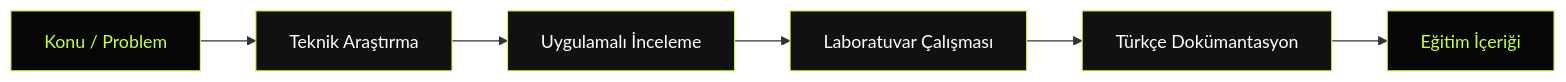
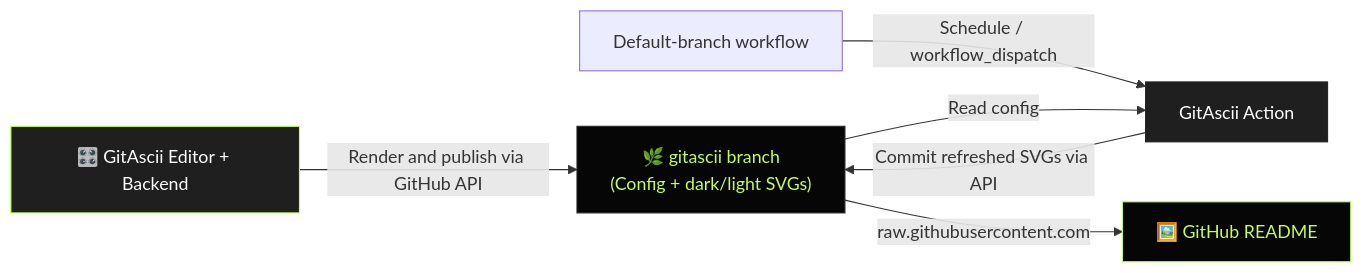
The diagram in README.md (erdibilisim/erdibilisim), drawn with Mermaid before and after one commit. The commit also changed other lines of this file, not shown here.

````diff
--- a/README.md
+++ b/README.md
@@ -141,14 +85,13 @@
 ```mermaid
 flowchart LR
-    A["Konu / Problem"] --> B["Teknik Araştırma"]
-    B --> C["Uygulamalı İnceleme"]
-    C --> D["Laboratuvar Çalışması"]
-    D --> E["Türkçe Dokümantasyon"]
-    E --> F["Eğitim İçeriği"]
-    style A fill:#060606,stroke:#c5ff4a,color:#c5ff4a
-    style B fill:#111111,stroke:#c5ff4a,color:#ffffff
-    style C fill:#111111,stroke:#c5ff4a,color:#ffffff
-    style D fill:#111111,stroke:#c5ff4a,color:#ffffff
-    style E fill:#111111,stroke:#c5ff4a,color:#ffffff
-    style F fill:#060606,stroke:#c5ff4a,color:#c5ff4a
+    A["🎛️ GitAscii Editor + Backend"] -->|"Render and publish via GitHub API"| B["🌿 gitascii branch<br/>(Config + dark/light SVGs)"]
+    W["Default-branch workflow"] -->|"Schedule / workflow_dispatch"| C["GitAscii Action"]
+    B -->|"Read config"| C
+    C -->|"Commit refreshed SVGs via API"| B
+    B -->|"raw.githubusercontent.com"| E["🖼️ GitHub README"]
+
+    style A fill:#1f1f1f,stroke:#c5ff4a,stroke-width:1px,color:#ffffff
+    style B fill:#060606,stroke:#252525,stroke-width:1px,color:#c5ff4a
+    style C fill:#1f1f1f,stroke:#252525,stroke-width:1px,color:#ffffff
+    style E fill:#060606,stroke:#c5ff4a,stroke-width:1px,color:#c5ff4a
 ```
````
